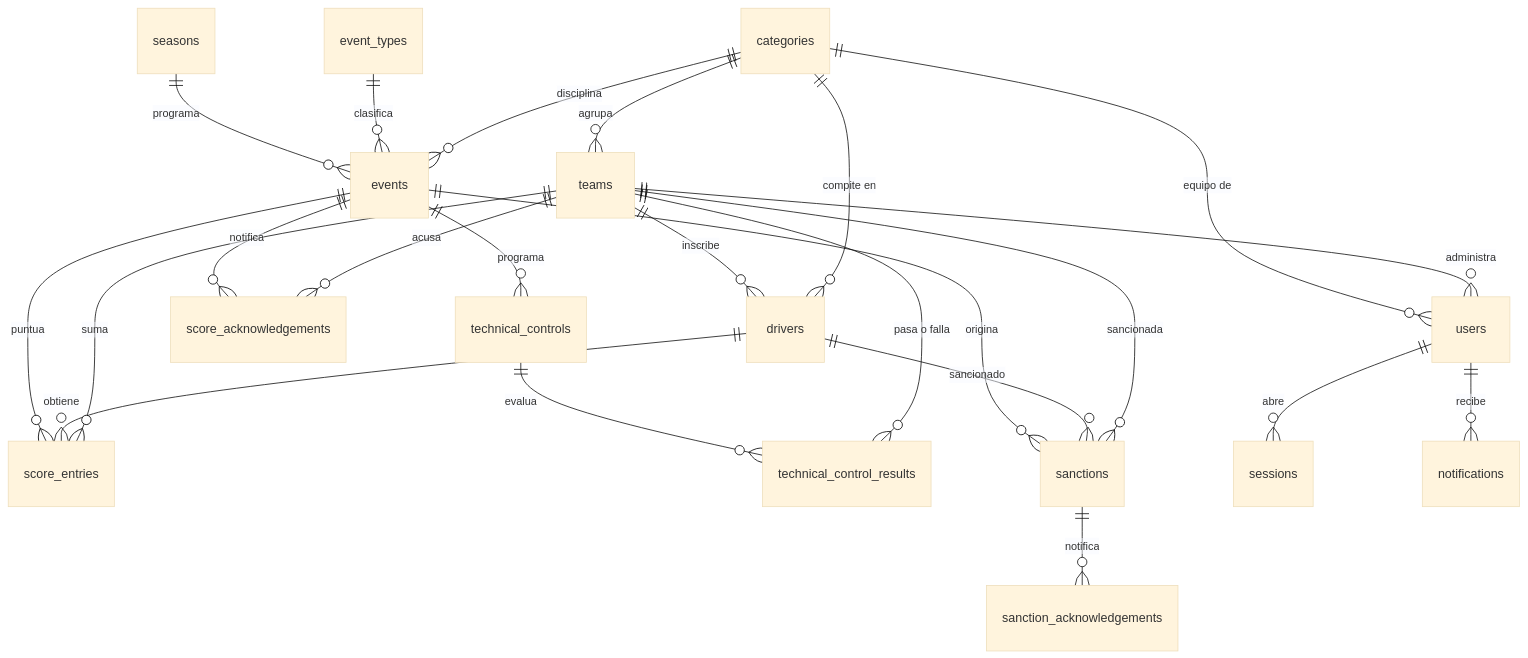
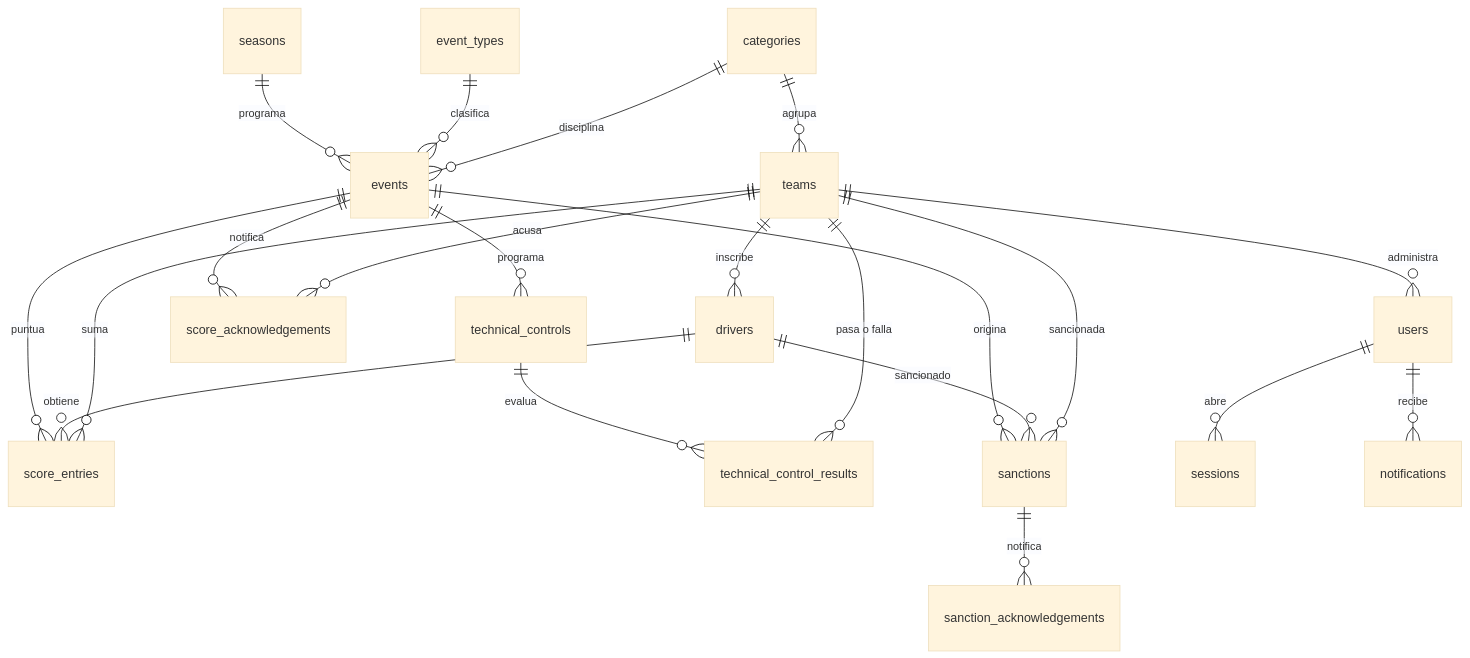
The diagram in docs/sprint1/02-modelo-de-datos.md (JosefinaBacci/RaceControl), drawn with Mermaid (base theme) before and after one commit. The commit also changed other lines of this file and 37 other files, not shown here.

````diff
--- a/docs/sprint1/02-modelo-de-datos.md
+++ b/docs/sprint1/02-modelo-de-datos.md
@@ -61,25 +74,23 @@
 ```mermaid
 erDiagram
     categories ||--o{ teams : "agrupa"
-    categories ||--o{ users : "equipo de"
     teams ||--o{ users : "administra"
     teams ||--o{ drivers : "inscribe"
-    categories ||--o{ drivers : "compite en"
     seasons ||--o{ events : "programa"
     event_types ||--o{ events : "clasifica"
     categories ||--o{ events : "disciplina"
     events ||--o{ score_entries : "puntua"
     drivers ||--o{ score_entries : "obtiene"
     teams ||--o{ score_entries : "suma"
     events ||--o{ score_acknowledgements : "notifica"
     teams ||--o{ score_acknowledgements : "acusa"
     events ||--o{ technical_controls : "programa"
     technical_controls ||--o{ technical_control_results : "evalua"
     teams ||--o{ technical_control_results : "pasa o falla"
     events ||--o{ sanctions : "origina"
     drivers ||--o{ sanctions : "sancionado"
     teams ||--o{ sanctions : "sancionada"
     sanctions ||--o{ sanction_acknowledgements : "notifica"
     users ||--o{ sessions : "abre"
     users ||--o{ notifications : "recibe"
 ```
````
